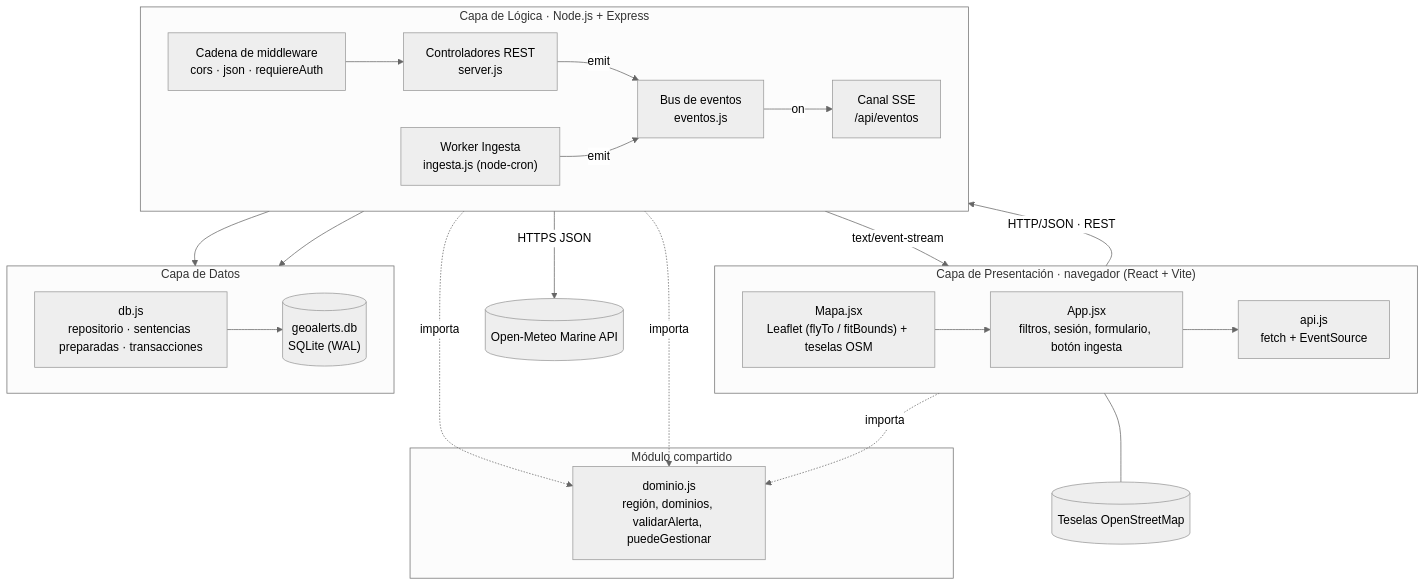
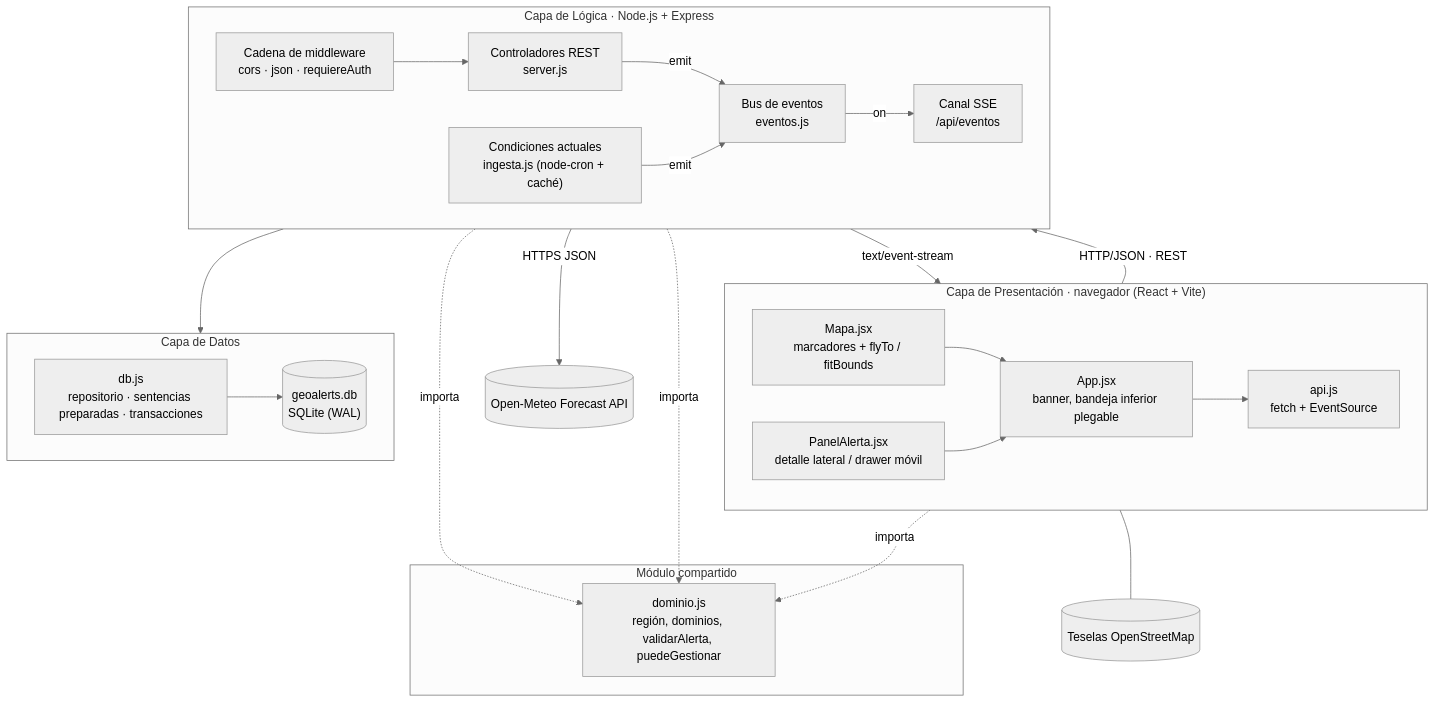
Before and after one commit to nachoo08/geoAlerts: the fifth of 7 diagrams in docs/02-diseno-arquitectura.md, drawn with Mermaid (neutral theme). The commit also changed other lines of this file and 17 other files, not shown here.

````diff
--- a/docs/02-diseno-arquitectura.md
+++ b/docs/02-diseno-arquitectura.md
@@ -704,44 +707,45 @@
 ```mermaid
 flowchart TB
     subgraph P["Capa de Presentación · navegador (React + Vite)"]
         direction LR
-        P1["App.jsx<br/>filtros, sesión, formulario, botón ingesta"]
-        P2["Mapa.jsx<br/>Leaflet (flyTo / fitBounds) + teselas OSM"]
+        P1["App.jsx<br/>banner, bandeja inferior plegable"]
+        P2["Mapa.jsx<br/>marcadores + flyTo / fitBounds"]
+        P4["PanelAlerta.jsx<br/>detalle lateral / drawer móvil"]
         P3["api.js<br/>fetch + EventSource"]
     end
     subgraph C["Módulo compartido"]
         C1["dominio.js<br/>región, dominios, validarAlerta, puedeGestionar"]
     end
     subgraph L["Capa de Lógica · Node.js + Express"]
         direction LR
         L1["Cadena de middleware<br/>cors · json · requiereAuth"]
         L2["Controladores REST<br/>server.js"]
-        L5["Worker Ingesta<br/>ingesta.js (node-cron)"]
+        L5["Condiciones actuales<br/>ingesta.js (node-cron + caché)"]
         L3["Bus de eventos<br/>eventos.js"]
         L4["Canal SSE<br/>/api/eventos"]
     end
     subgraph D["Capa de Datos"]
         direction LR
         D1["db.js<br/>repositorio · sentencias preparadas · transacciones"]
         D2[("geoalerts.db<br/>SQLite (WAL)")]
     end
     OSM[("Teselas OpenStreetMap")]
-    OM[("Open-Meteo Marine API")]
+    OM[("Open-Meteo Forecast API")]
 
     P2 --- OSM
     L5 -- "HTTPS JSON" --> OM
     P1 --> P3
     P2 --> P1
+    P4 --> P1
     P1 -. importa .-> C1
     L2 -. importa .-> C1
     L5 -. importa .-> C1
     P3 -- "HTTP/JSON · REST" --> L1
     L1 --> L2
     L2 --> D1
-    L5 --> D1
     L2 -- emit --> L3
     L5 -- emit --> L3
     L3 -- on --> L4
     L4 -- "text/event-stream" --> P3
     D1 --> D2
 ```
````
